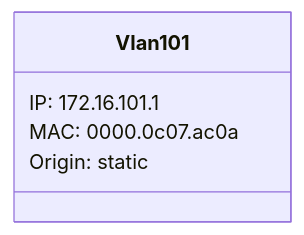
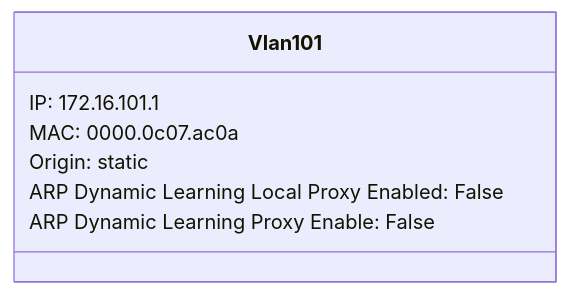
One commit to automateyournetwork/pyYAHTS changed the third of 9 diagrams in Examples/NXOS/dist-sw01 arp class.md. Above: the diagram before and after it, drawn with Mermaid. The commit also changed other lines of this file and 36 other files, not shown here.

````diff
--- a/Examples/NXOS/dist-sw01 arp class.md
+++ b/Examples/NXOS/dist-sw01 arp class.md
@@ -18,8 +22,10 @@
 ```mermaid
 classDiagram
 class Vlan101{
 IP: 172.16.101.1
 MAC: 0000.0c07.ac0a
 Origin: static
+ARP Dynamic Learning Local Proxy Enabled: False
+ARP Dynamic Learning Proxy Enable: False
 }
 ```
````
